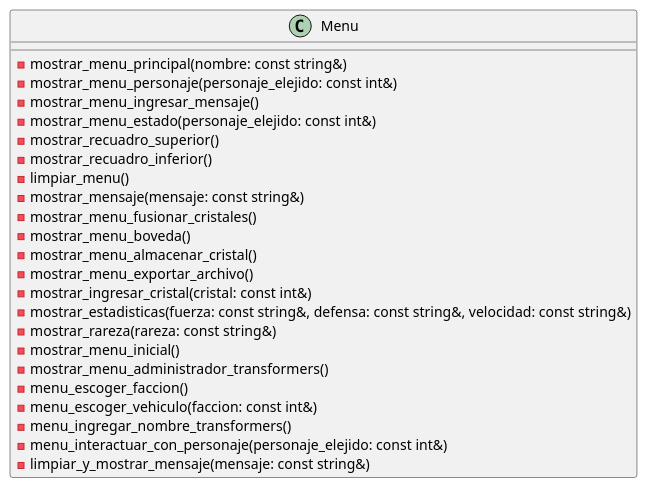
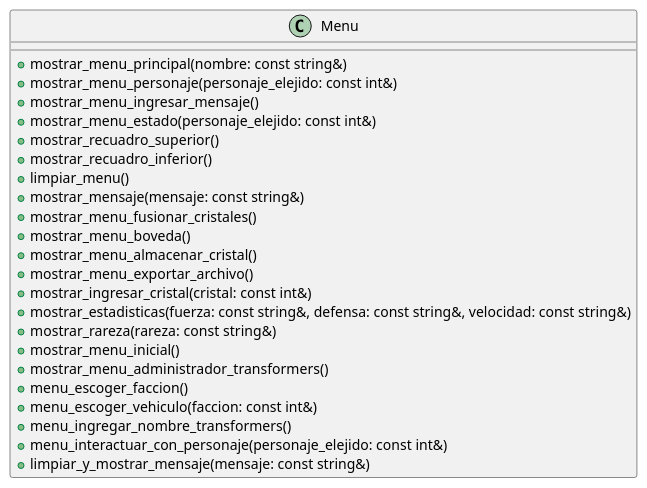
One commit to guillsil/Transformers-Game changed the diagram in Diagramas-UML/Menu.puml. Above: the diagram before and after it, drawn with PlantUML. The commit also changed 12 other files, not shown here.

Commit message:
Refactor: refactorice los uml que hice y agregue el UML del TDA Vector

```diff
--- a/Diagramas-UML/Menu.puml
+++ b/Diagramas-UML/Menu.puml
@@ -1,29 +1,29 @@
 @startuml
 'https://plantuml.com/class-diagram
 
 class Menu {
-    - mostrar_menu_principal(nombre: const string&)
-    - mostrar_menu_personaje(personaje_elejido: const int&)
-    - mostrar_menu_ingresar_mensaje()
-    - mostrar_menu_estado(personaje_elejido: const int&)
-    - mostrar_recuadro_superior()
-    - mostrar_recuadro_inferior()
-    - limpiar_menu()
-    - mostrar_mensaje(mensaje: const string&)
-    - mostrar_menu_fusionar_cristales()
-    - mostrar_menu_boveda()
-    - mostrar_menu_almacenar_cristal()
-    - mostrar_menu_exportar_archivo()
-    - mostrar_ingresar_cristal(cristal: const int&)
-    - mostrar_estadisticas(fuerza: const string&, defensa: const string&, velocidad: const string&)
-    - mostrar_rareza(rareza: const string&)
-    - mostrar_menu_inicial()
-    - mostrar_menu_administrador_transformers()
-    - menu_escoger_faccion()
-    - menu_escoger_vehiculo(faccion: const int&)
-    - menu_ingregar_nombre_transformers()
-    - menu_interactuar_con_personaje(personaje_elejido: const int&)
-    - limpiar_y_mostrar_mensaje(mensaje: const string&)
+    + mostrar_menu_principal(nombre: const string&)
+    + mostrar_menu_personaje(personaje_elejido: const int&)
+    + mostrar_menu_ingresar_mensaje()
+    + mostrar_menu_estado(personaje_elejido: const int&)
+    + mostrar_recuadro_superior()
+    + mostrar_recuadro_inferior()
+    + limpiar_menu()
+    + mostrar_mensaje(mensaje: const string&)
+    + mostrar_menu_fusionar_cristales()
+    + mostrar_menu_boveda()
+    + mostrar_menu_almacenar_cristal()
+    + mostrar_menu_exportar_archivo()
+    + mostrar_ingresar_cristal(cristal: const int&)
+    + mostrar_estadisticas(fuerza: const string&, defensa: const string&, velocidad: const string&)
+    + mostrar_rareza(rareza: const string&)
+    + mostrar_menu_inicial()
+    + mostrar_menu_administrador_transformers()
+    + menu_escoger_faccion()
+    + menu_escoger_vehiculo(faccion: const int&)
+    + menu_ingregar_nombre_transformers()
+    + menu_interactuar_con_personaje(personaje_elejido: const int&)
+    + limpiar_y_mostrar_mensaje(mensaje: const string&)
 }
 
 @enduml
```
